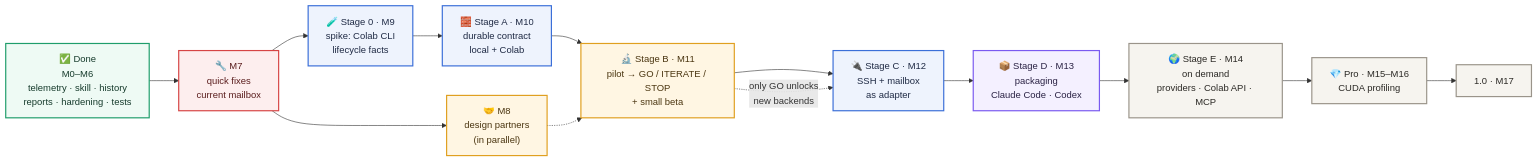
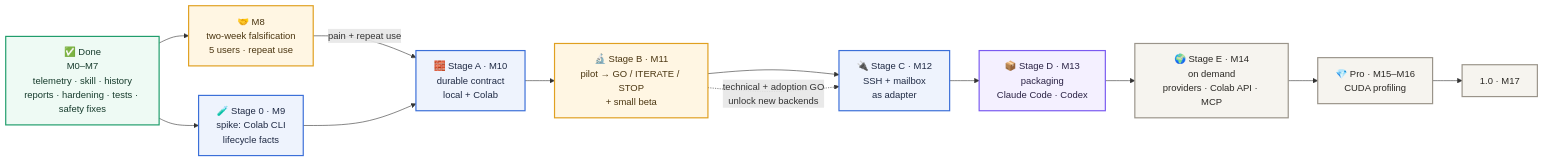
The diagram in ROADMAP.md (SergeyChere/MeetProxy), drawn with Mermaid before and after one commit. The commit also changed other lines of this file and 13 other files, not shown here.

First line of the commit message:
0.7.0: M7 safety fixes, pinned installs, M8 as a two-week falsification test

````diff
--- a/ROADMAP.md
+++ b/ROADMAP.md
@@ -9,31 +9,30 @@
 ```mermaid
 flowchart LR
-    D["✅ Done<br/>M0–M6<br/>telemetry · skill · history<br/>reports · hardening · tests"]
-    Q["🔧 M7<br/>quick fixes<br/>current mailbox"]
-    DP["🤝 M8<br/>design partners<br/>(in parallel)"]
+    D["✅ Done<br/>M0–M7<br/>telemetry · skill · history<br/>reports · hardening · tests · safety fixes"]
+    DP["🤝 M8<br/>two-week falsification<br/>5 users · repeat use"]
     S0["🧪 Stage 0 · M9<br/>spike: Colab CLI<br/>lifecycle facts"]
     A["🧱 Stage A · M10<br/>durable contract<br/>local + Colab"]
     B["🔬 Stage B · M11<br/>pilot → GO / ITERATE / STOP<br/>+ small beta"]
     C["🔌 Stage C · M12<br/>SSH + mailbox<br/>as adapter"]
     DD["📦 Stage D · M13<br/>packaging<br/>Claude Code · Codex"]
     E["🌍 Stage E · M14<br/>on demand<br/>providers · Colab API · MCP"]
     PRO["💎 Pro · M15–M16<br/>CUDA profiling"]
     V1["1.0 · M17"]
-    D --> Q --> S0 --> A --> B
-    Q --> DP -.-> B --> C --> DD --> E --> PRO --> V1
-    B -. "only GO unlocks<br/>new backends" .-> C
+    D --> DP -- "pain + repeat use" --> A --> B
+    D --> S0 --> A
+    B --> C --> DD --> E --> PRO --> V1
+    B -. "technical + adoption GO<br/>unlock new backends" .-> C
 
     classDef done fill:#eefaf4,stroke:#1f9d6b,stroke-width:2px,color:#163b2c
     classDef fix fill:#fdeeee,stroke:#d64545,stroke-width:2px,color:#5a1d1d
     classDef core fill:#eef3fd,stroke:#3b6fd8,stroke-width:2px,color:#1f2a44
     classDef prove fill:#fff6e3,stroke:#e0a020,stroke-width:2px,color:#4a3510
     classDef rel fill:#f4f0ff,stroke:#7a5af0,stroke-width:2px,color:#2a2244
     classDef later fill:#f6f4ef,stroke:#9a948a,stroke-width:2px,color:#2b2925
     class D done
-    class Q fix
     class S0,A,C core
     class DP prove
     class B prove
     class DD rel
     class E,PRO,V1 later
 ```
````
